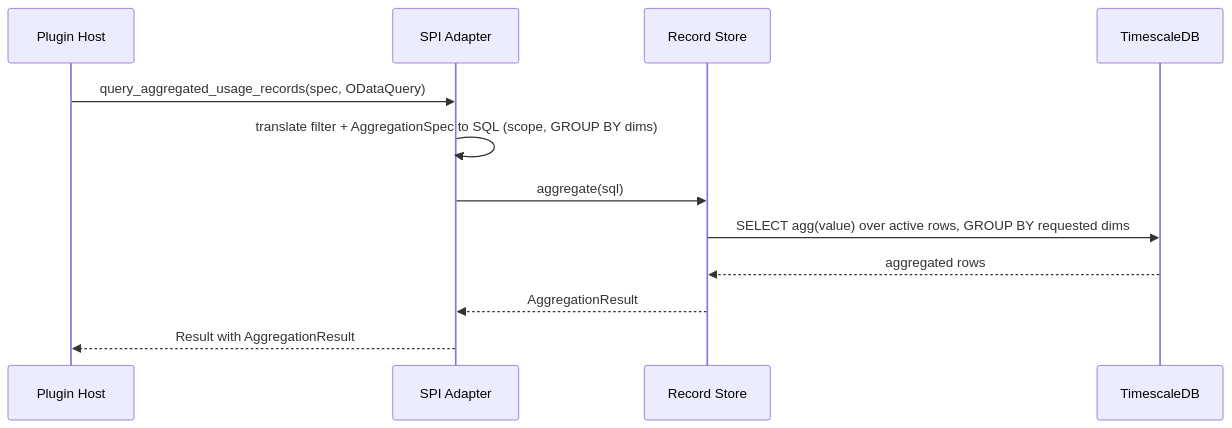
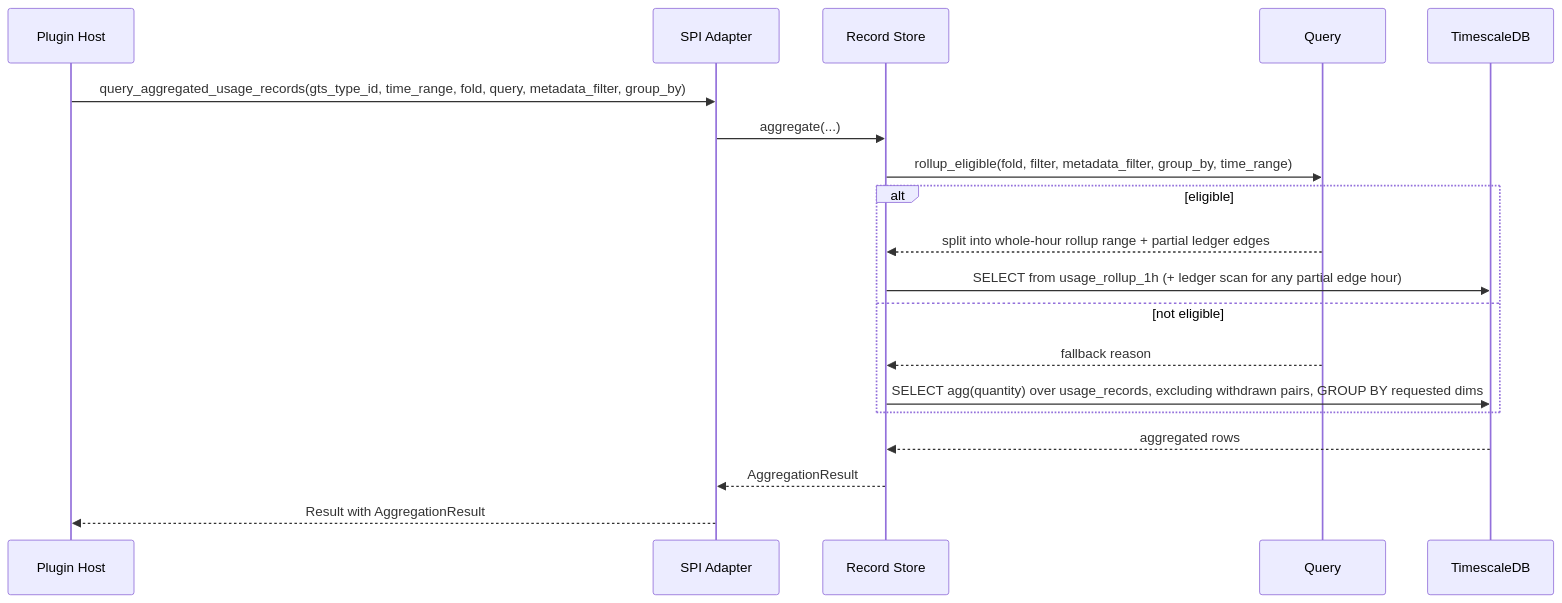
Before and after one commit to Andrei-Iliushin-Constructor/gears-rust: the fifth of 11 diagrams in gears/system/usage-collector/plugins/timescaledb-usage-collector-plugin/docs/DESIGN.md, drawn with Mermaid. The commit also changed other lines of this file and 38 other files, not shown here.

````diff
--- a/gears/system/usage-collector/plugins/timescaledb-usage-collector-plugin/docs/DESIGN.md
+++ b/gears/system/usage-collector/plugins/timescaledb-usage-collector-plugin/docs/DESIGN.md
@@ -446,14 +537,21 @@
 ```mermaid
 sequenceDiagram
     participant Host as Plugin Host
     participant Adapter as SPI Adapter
     participant Rec as Record Store
+    participant Q as Query
     participant DB as TimescaleDB
-    Host->>Adapter: query_aggregated_usage_records(spec, ODataQuery)
-    Adapter->>Adapter: translate filter + AggregationSpec to SQL (scope, GROUP BY dims)
-    Adapter->>Rec: aggregate(sql)
-    Rec->>DB: SELECT agg(value) over active rows, GROUP BY requested dims
+    Host->>Adapter: query_aggregated_usage_records(gts_type_id, time_range, fold, query, metadata_filter, group_by)
+    Adapter->>Rec: aggregate(...)
+    Rec->>Q: rollup_eligible(fold, filter, metadata_filter, group_by, time_range)
+    alt eligible
+        Q-->>Rec: split into whole-hour rollup range + partial ledger edges
+        Rec->>DB: SELECT from usage_rollup_1h (+ ledger scan for any partial edge hour)
+    else not eligible
+        Q-->>Rec: fallback reason
+        Rec->>DB: SELECT agg(quantity) over usage_records, excluding withdrawn pairs, GROUP BY requested dims
+    end
     DB-->>Rec: aggregated rows
     Rec-->>Adapter: AggregationResult
     Adapter-->>Host: Result with AggregationResult
 ```
````
